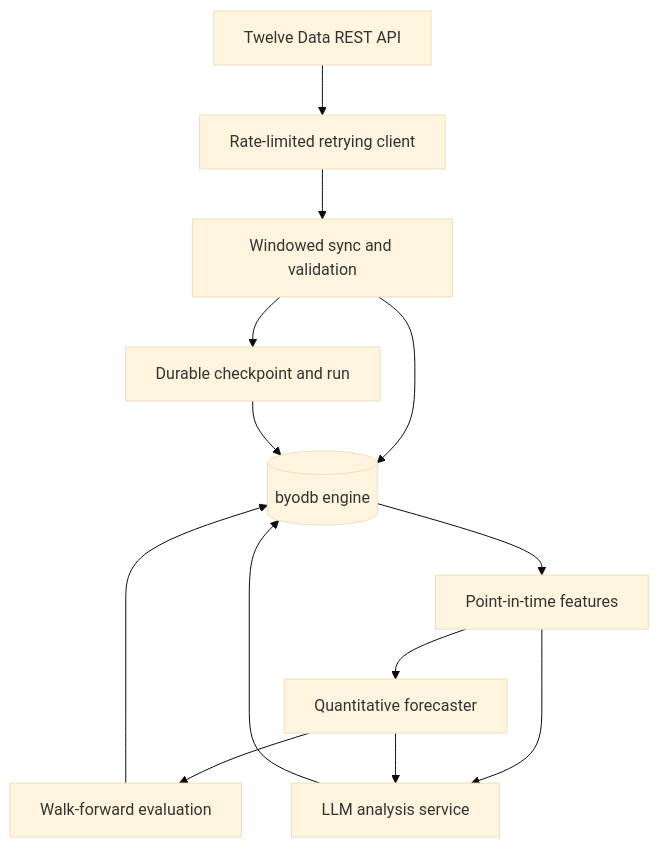
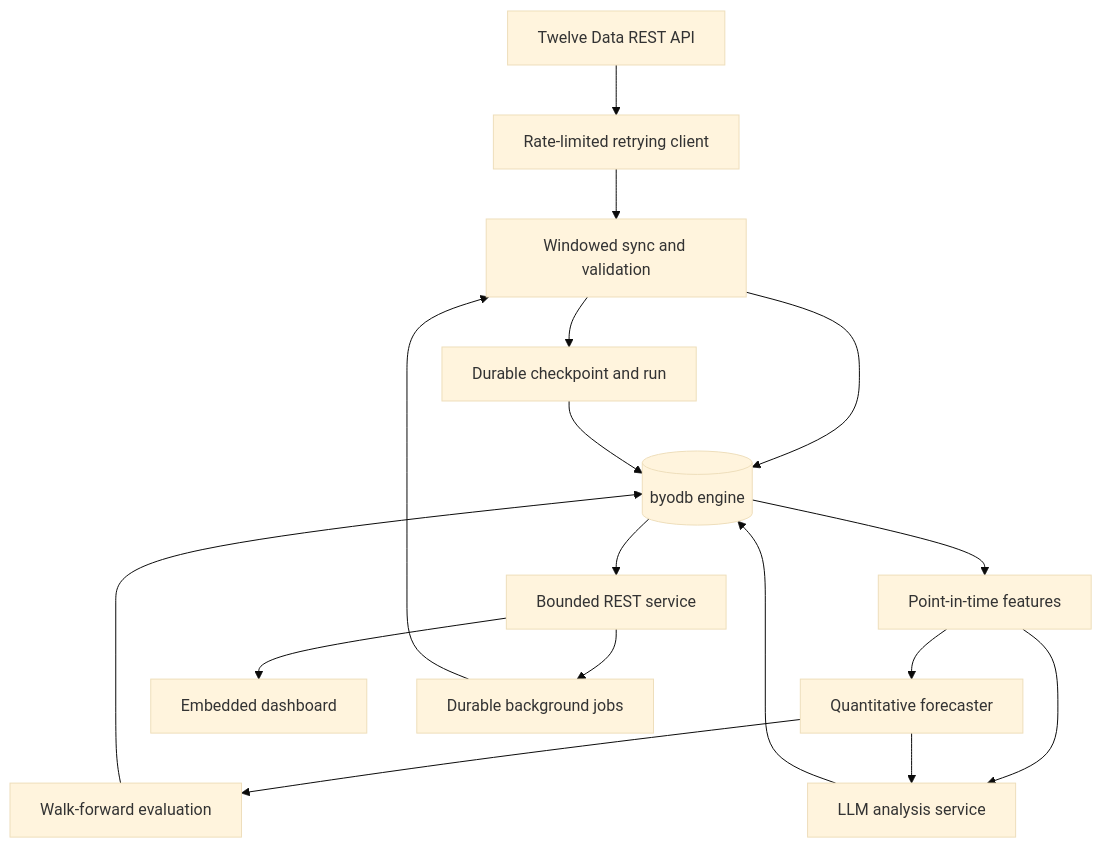
The first of 3 diagrams in docs/ARCHITECTURE.md (shababaa/vectorforge), drawn with Mermaid (base theme) before and after one commit. The commit also changed other lines of this file and 34 other files, not shown here.

First line of the commit message:
feat: complete Phase 5 service and dashboard

````diff
--- a/docs/ARCHITECTURE.md
+++ b/docs/ARCHITECTURE.md
@@ -5,15 +5,19 @@
 ```mermaid
 flowchart TD
     P[Twelve Data REST API] --> C[Rate-limited retrying client]
     C --> I[Windowed sync and validation]
     I --> D[(byodb engine)]
     I --> K[Durable checkpoint and run]
     K --> D
     D --> F[Point-in-time features]
     F --> Q[Quantitative forecaster]
     Q --> E[Walk-forward evaluation]
     F --> L[LLM analysis service]
     Q --> L
     E --> D
     L --> D
+    D --> A[Bounded REST service]
+    A --> U[Embedded dashboard]
+    A --> J[Durable background jobs]
+    J --> I
 ```
````
